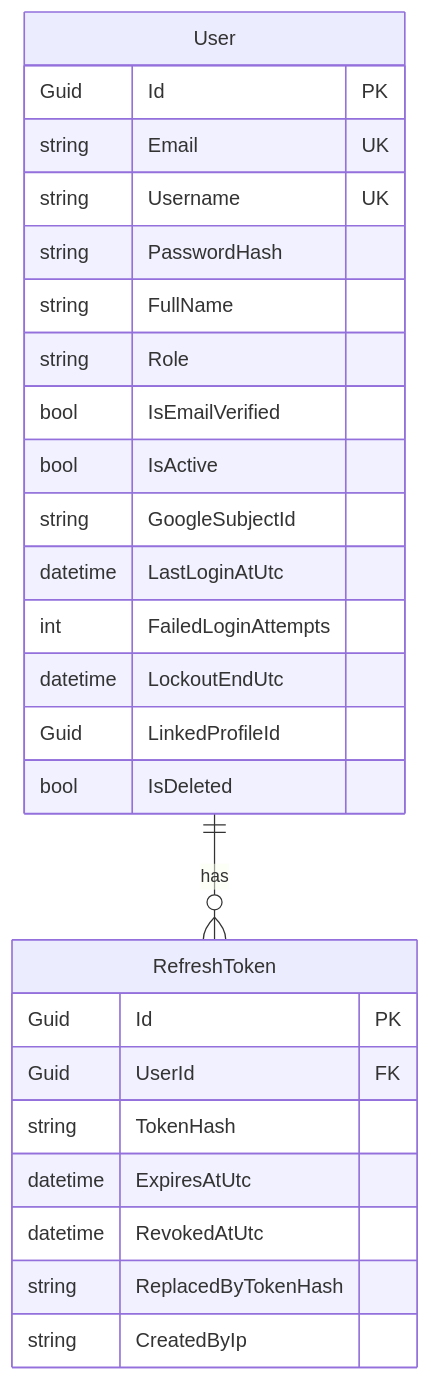
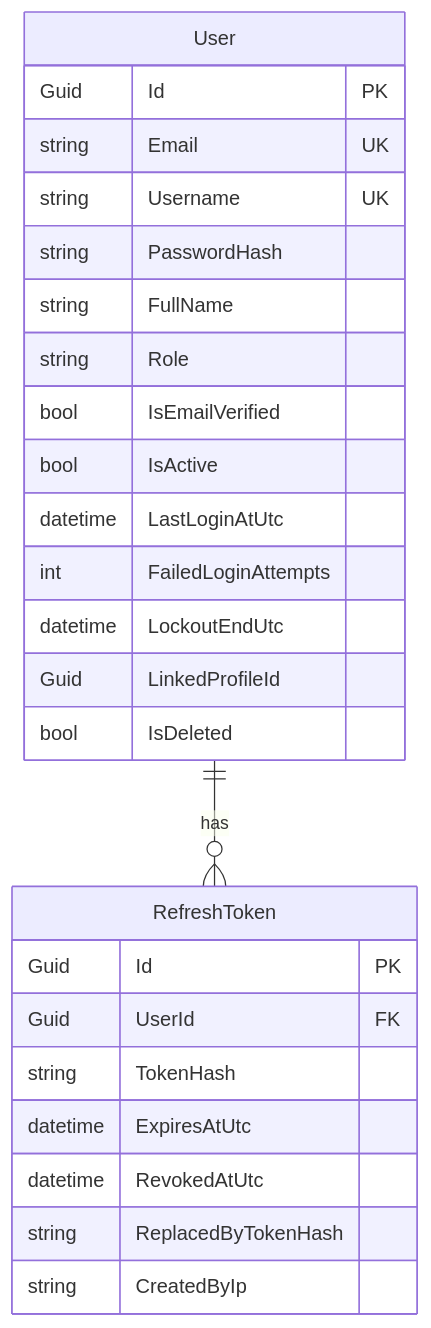
The sixth of 17 diagrams in ARCHITECTURE.md (ojas2005/GKMPS-School-portal), drawn with Mermaid before and after one commit. The commit also changed 30 other files, not shown here.

````diff
--- a/ARCHITECTURE.md
+++ b/ARCHITECTURE.md
@@ -175,29 +175,28 @@
 ```mermaid
 erDiagram
   User ||--o{ RefreshToken : has
   User {
     Guid Id PK
     string Email UK
     string Username UK
     string PasswordHash
     string FullName
     string Role
     bool IsEmailVerified
     bool IsActive
-    string GoogleSubjectId
     datetime LastLoginAtUtc
     int FailedLoginAttempts
     datetime LockoutEndUtc
     Guid LinkedProfileId
     bool IsDeleted
   }
   RefreshToken {
     Guid Id PK
     Guid UserId FK
     string TokenHash
     datetime ExpiresAtUtc
     datetime RevokedAtUtc
     string ReplacedByTokenHash
     string CreatedByIp
   }
 ```
````
